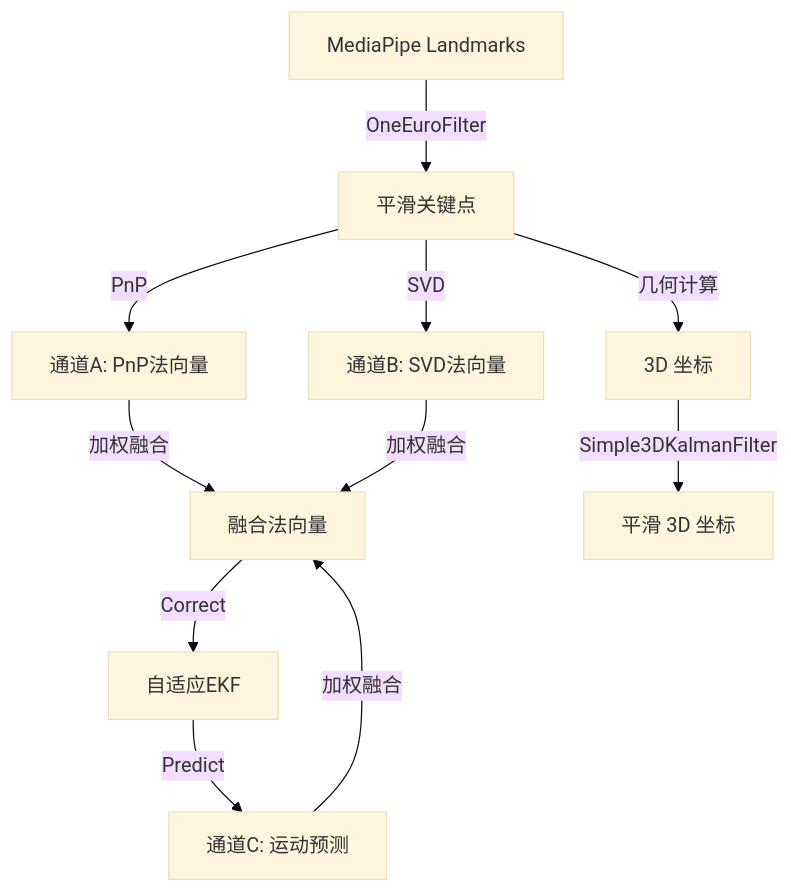
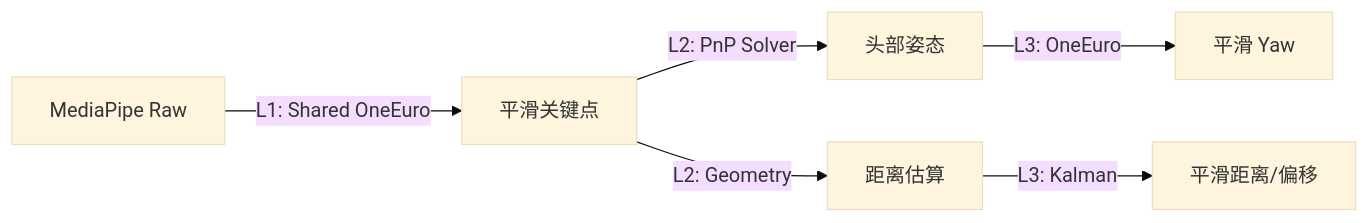
One commit to Hainzcn/FrustumGaze changed the third of 3 diagrams in docs/architecture.md. Above: the diagram before and after it, drawn with Mermaid (base theme). The commit also changed other lines of this file and 22 other files, not shown here.

````diff
--- a/docs/architecture.md
+++ b/docs/architecture.md
@@ -178,15 +171,8 @@
 ```mermaid
-graph TD
-    Raw[MediaPipe Landmarks] -->|OneEuroFilter| SmoothLandmarks[平滑关键点]
-    
-    SmoothLandmarks -->|PnP| ChannelA[通道A: PnP法向量]
-    SmoothLandmarks -->|SVD| ChannelB[通道B: SVD法向量]
-    AdaptiveEKF -->|Predict| ChannelC[通道C: 运动预测]
-    
-    ChannelA & ChannelB & ChannelC -->|加权融合| FusedNormal[融合法向量]
-    
-    FusedNormal -->|Correct| AdaptiveEKF[自适应EKF]
-    
-    SmoothLandmarks -->|几何计算| Pos3D[3D 坐标]
-    Pos3D -->|Simple3DKalmanFilter| SmoothPos3D[平滑 3D 坐标]
+graph LR
+    Raw[MediaPipe Raw] -->|L1: Shared OneEuro| Keypoints[平滑关键点]
+    Keypoints -->|L2: PnP Solver| Pose[头部姿态]
+    Keypoints -->|L2: Geometry| Dist[距离估算]
+    Pose -->|L3: OneEuro| SmoothYaw[平滑 Yaw]
+    Dist -->|L3: Kalman| FinalData[平滑距离/偏移]
 ```
````
